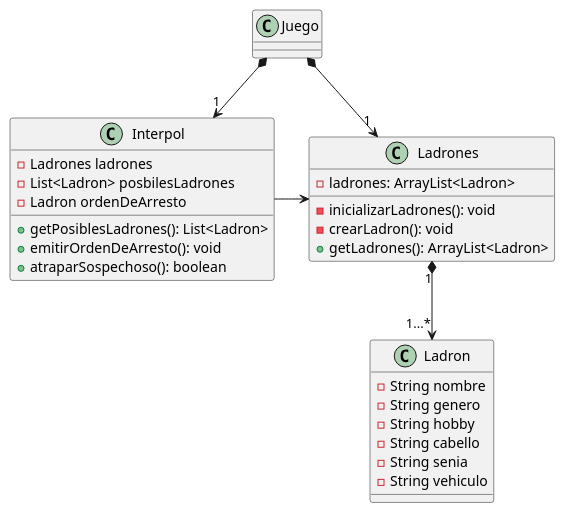
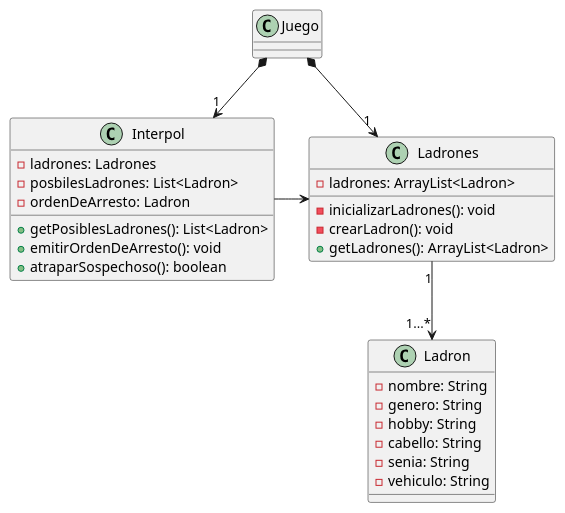
One commit to alexguttlein/TP2-CarmenSandiego changed the diagram in diagrams/classes/Entrega2/claseInterpol.puml. Above: the diagram before and after it, drawn with PlantUML. The commit also changed 35 other files, not shown here.

Commit message:
Se agregan diagramas de clase. Se modifica constructor de Tiempo. Se ajustan detalles en Ubicaciones

```diff
--- a/diagrams/classes/Entrega2/claseInterpol.puml
+++ b/diagrams/classes/Entrega2/claseInterpol.puml
@@ -1,38 +1,37 @@
 @startuml
-'https://plantuml.com/class-diagram
 
 class Juego{}
 
 class Interpol{
-- Ladrones ladrones
-- List<Ladron> posbilesLadrones
-- Ladron ordenDeArresto
+- ladrones: Ladrones
+- posbilesLadrones: List<Ladron>
+- ordenDeArresto: Ladron
 
 + getPosiblesLadrones(): List<Ladron>
 + emitirOrdenDeArresto(): void
 + atraparSospechoso(): boolean
 }
 
 class Ladrones{
 - ladrones: ArrayList<Ladron>
 - inicializarLadrones(): void
 - crearLadron(): void
 + getLadrones(): ArrayList<Ladron>
 }
 
 class Ladron{
-- String nombre
-- String genero
-- String hobby
-- String cabello
-- String senia
-- String vehiculo
+- nombre: String
+- genero: String
+- hobby: String
+- cabello: String
+- senia: String
+- vehiculo: String
 }
 
-Ladrones "1"*-down->"1...*" Ladron
+Ladrones "1"-down->"1...*" Ladron
 Interpol -right-> Ladrones
 
 Juego *-down->"1" Interpol
 Juego *-down->"1" Ladrones
 
 @enduml
```
